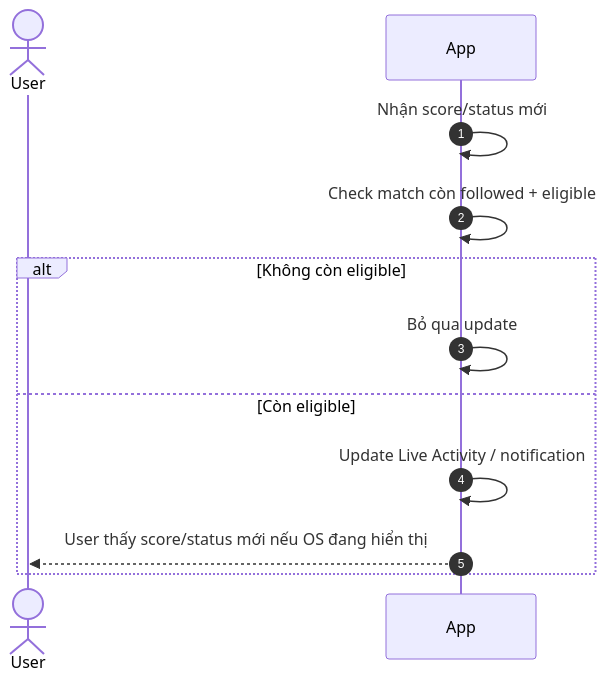
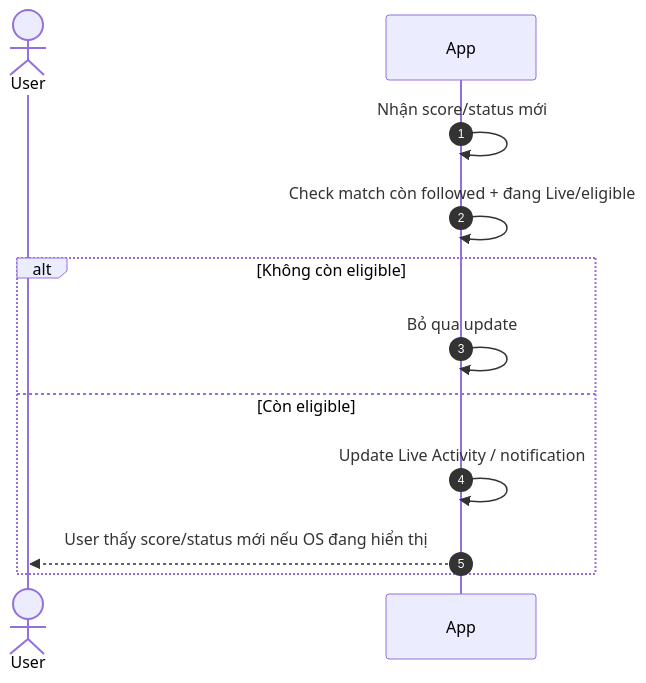
One commit to duongdang1136/FPTPLay changed the second of 4 diagrams in features/final-docs/Sport-Zone/Live-Activity/product/live-activity-user-flows-functional-requirements.md. Above: the diagram before and after it, drawn with Mermaid. The commit also changed other lines of this file, not shown here.

Commit message:
docs: clarify live activity routing rules

````diff
--- a/features/final-docs/Sport-Zone/Live-Activity/product/live-activity-user-flows-functional-requirements.md
+++ b/features/final-docs/Sport-Zone/Live-Activity/product/live-activity-user-flows-functional-requirements.md
@@ -295,17 +310,17 @@
 ```mermaid
 sequenceDiagram
     autonumber
 
     actor User as User
     participant App
 
     App->>App: Nhận score/status mới
-    App->>App: Check match còn followed + eligible
+    App->>App: Check match còn followed + đang Live/eligible
 
     alt Không còn eligible
         App->>App: Bỏ qua update
     else Còn eligible
         App->>App: Update Live Activity / notification
         App-->>User: User thấy score/status mới nếu OS đang hiển thị
     end
 ```
````
